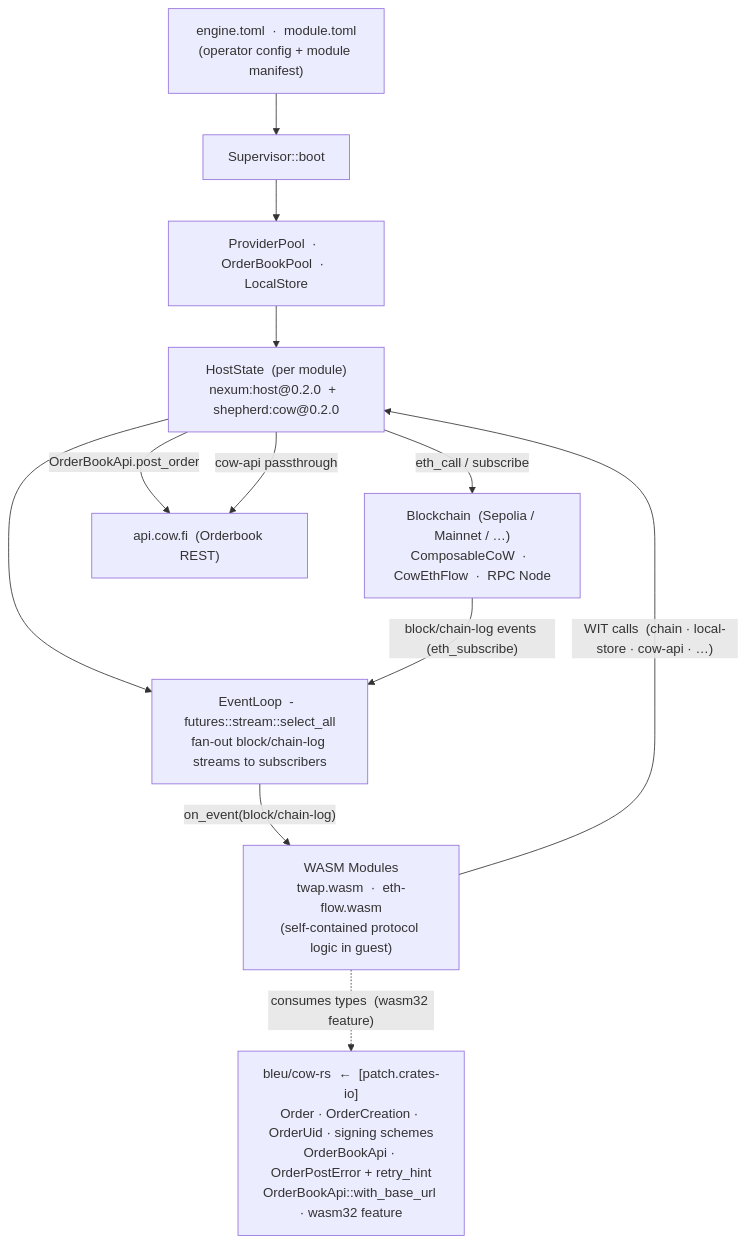
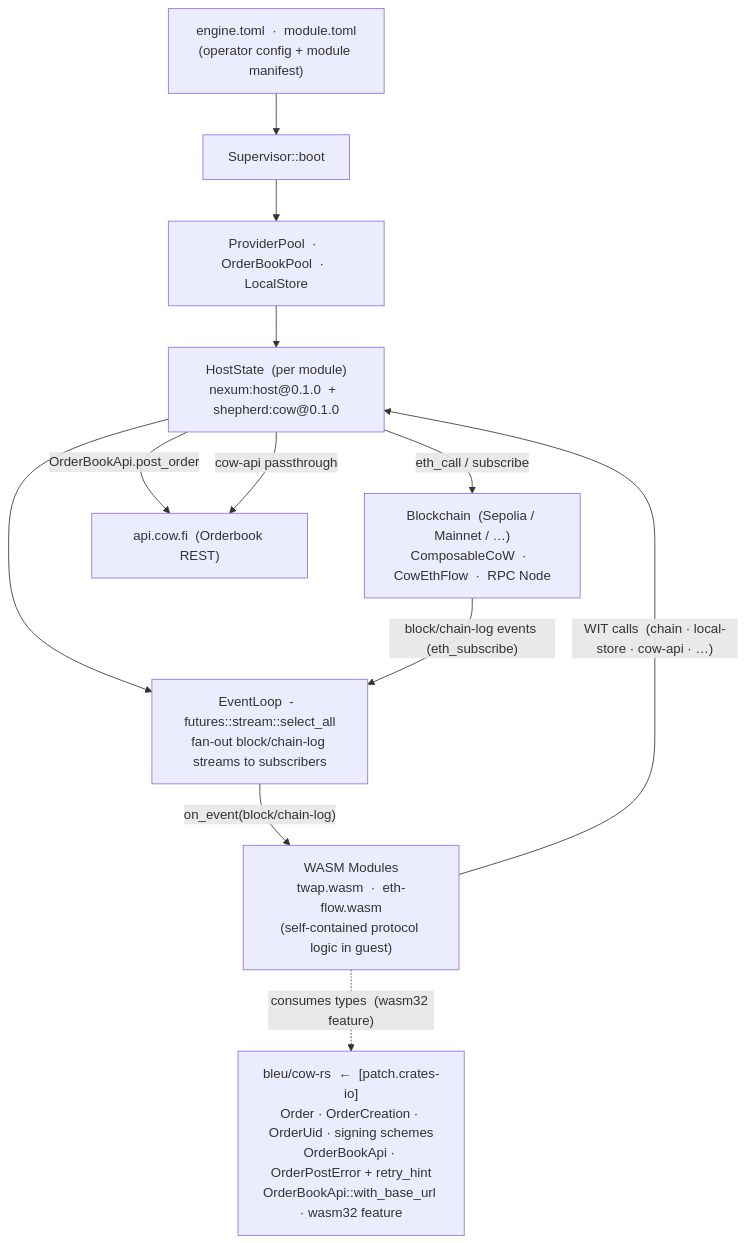
Before and after one commit to nullislabs/shepherd: the first of 8 diagrams in docs/diagrams/diagrams.md, drawn with Mermaid. The commit also changed other lines of this file and 28 other files, not shown here.

````diff
--- a/docs/diagrams/diagrams.md
+++ b/docs/diagrams/diagrams.md
@@ -13,24 +13,24 @@
 ```mermaid
 graph TD
     ET["engine.toml  ·  module.toml\n(operator config + module manifest)"]
     SUP["Supervisor::boot"]
     POOLS["ProviderPool  ·  OrderBookPool  ·  LocalStore"]
-    HS["HostState  (per module)\nnexum:host@0.2.0  +  shepherd:cow@0.2.0"]
+    HS["HostState  (per module)\nnexum:host@0.1.0  +  shepherd:cow@0.1.0"]
     EL["EventLoop  -  futures::stream::select_all\nfan-out block/chain-log streams to subscribers"]
     MODS["WASM Modules\ntwap.wasm  ·  eth-flow.wasm\n(self-contained protocol logic in guest)"]
     BC["Blockchain  (Sepolia / Mainnet / …)\nComposableCoW  ·  CowEthFlow  ·  RPC Node"]
     CR["bleu/cow-rs  ←  [patch.crates-io]\nOrder · OrderCreation · OrderUid · signing schemes\nOrderBookApi · OrderPostError + retry_hint\nOrderBookApi::with_base_url · wasm32 feature"]
     OB["api.cow.fi  (Orderbook REST)"]
 
     ET --> SUP
     SUP --> POOLS
     POOLS --> HS
     HS --> EL
     BC -->|"block/chain-log events (eth_subscribe)"| EL
     EL -->|"on_event(block/chain-log)"| MODS
     MODS -->|"WIT calls  (chain · local-store · cow-api · …)"| HS
     MODS -.->|"consumes types  (wasm32 feature)"| CR
     HS -->|"eth_call / subscribe"| BC
     HS -->|"OrderBookApi.post_order"| OB
     HS -->|"cow-api passthrough"| OB
 ```
````
